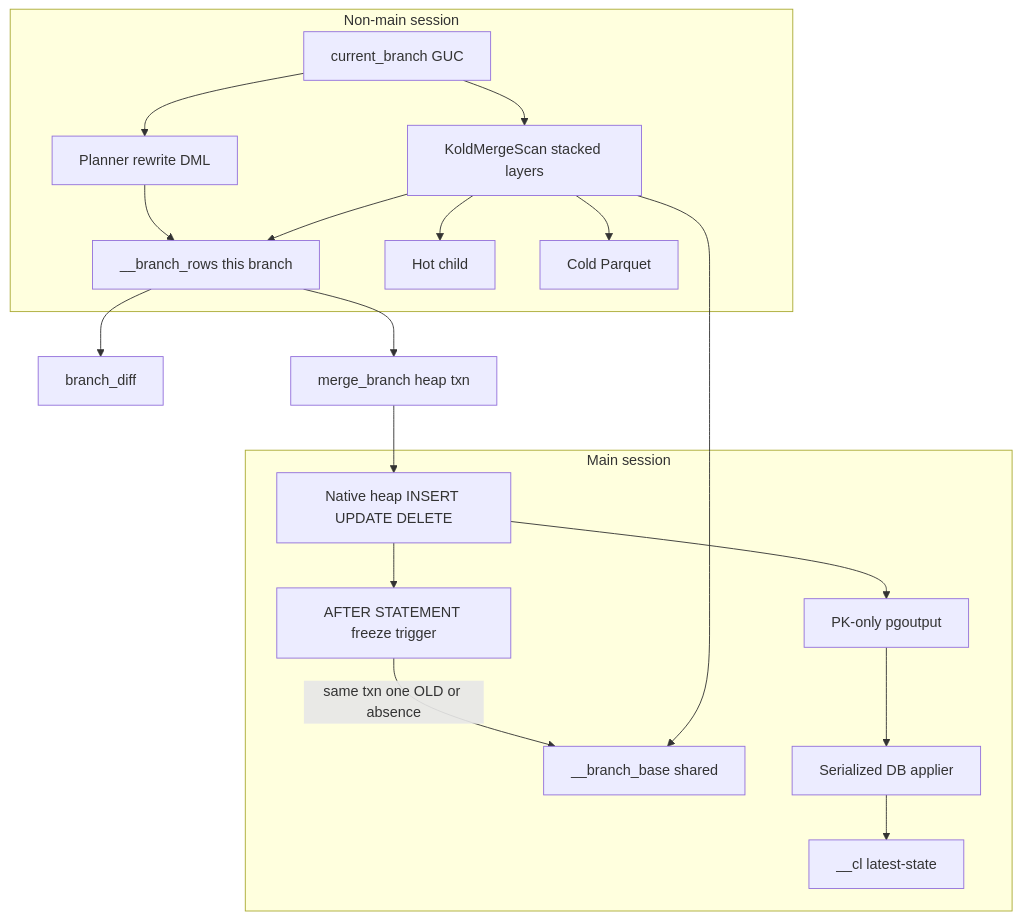
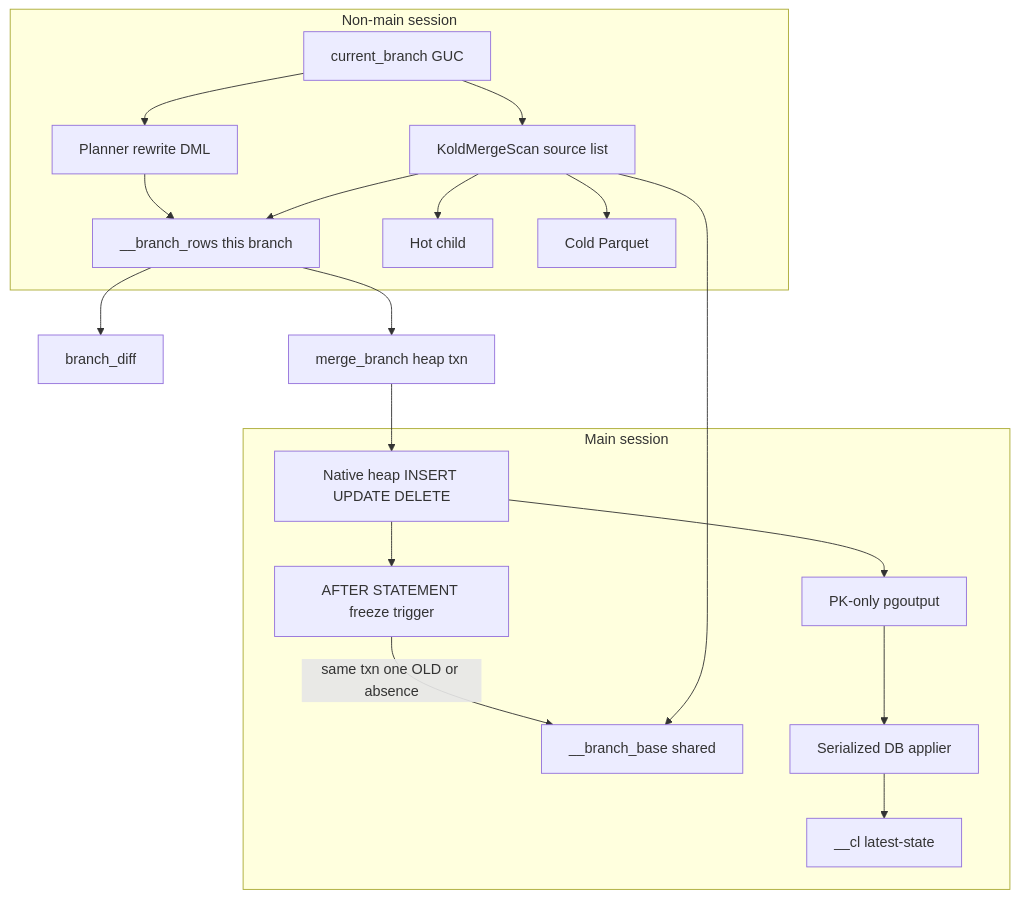
The fourth of 5 diagrams in .cursor/plans/data_branch_cow_58a7ae1f.plan.md (mrayva/koldstore), drawn with Mermaid before and after one commit. The commit also changed other lines of this file and 32 other files, not shown here.

````diff
--- a/.cursor/plans/data_branch_cow_58a7ae1f.plan.md
+++ b/.cursor/plans/data_branch_cow_58a7ae1f.plan.md
@@ -337,31 +414,31 @@
 ```mermaid
 flowchart TD
   subgraph mainPath [Main session]
     HeapDML[Native heap INSERT UPDATE DELETE]
     FreezeTrig[AFTER STATEMENT freeze trigger]
     Freeze["__branch_base shared"]
     WAL[PK-only pgoutput]
     Applier[Serialized DB applier]
     CL["__cl latest-state"]
     HeapDML --> FreezeTrig
     FreezeTrig -->|"same txn one OLD or absence"| Freeze
     HeapDML --> WAL --> Applier --> CL
   end
 
   subgraph branchPath [Non-main session]
     GUC[current_branch GUC]
     Planner[Planner rewrite DML]
     Overlay["__branch_rows this branch"]
-    Scan[KoldMergeScan stacked layers]
+    Scan[KoldMergeScan source list]
     GUC --> Planner --> Overlay
     GUC --> Scan
     Scan --> Overlay
     Scan --> Freeze
     Scan --> Heap[Hot child]
     Scan --> Cold[Cold Parquet]
   end
 
   Overlay --> Diff[branch_diff]
   Overlay --> Merge[merge_branch heap txn]
   Merge --> HeapDML
 ```
````
